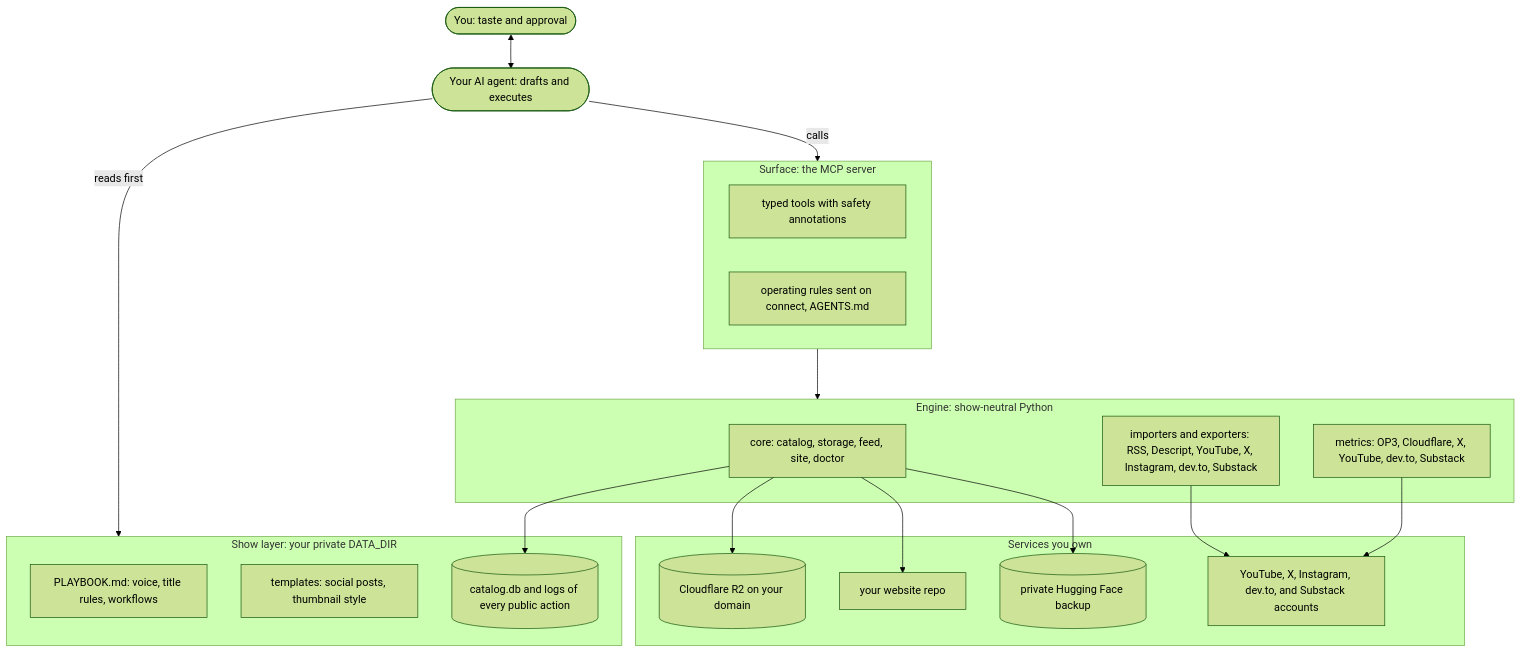
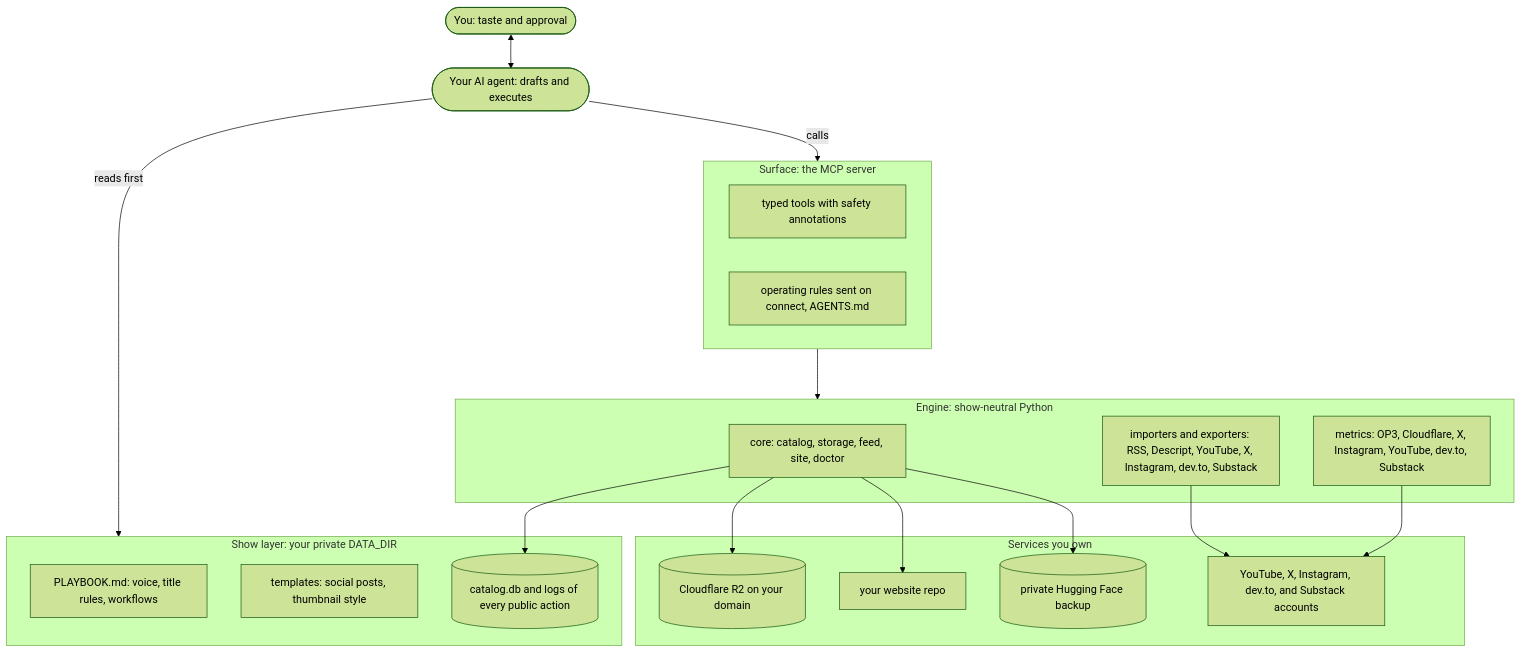
Before and after one commit to harpreetsahota204/podcast_server: the second of 4 diagrams in README.md, drawn with Mermaid (forest theme). The commit also changed other lines of this file and 16 other files, not shown here.

Commit message:
Instagram metrics collector for posts published by the engine; metrics dashboard rebuilt with an overview and a tab per platform showing every collected metric, Chart.js bundled so it still works offline, and range and stretch filters that update every chart and table

````diff
--- a/README.md
+++ b/README.md
@@ -79,38 +79,38 @@
 ```mermaid
 flowchart TB
     YOU([You: taste and approval]) <--> AGENT([Your AI agent: drafts and executes])
     AGENT -->|reads first| SHOW
     AGENT -->|calls| SURFACE
 
     subgraph SHOW["Show layer: your private DATA_DIR"]
         PB[PLAYBOOK.md: voice, title rules, workflows]
         TPL[templates: social posts, thumbnail style]
         CAT[(catalog.db and logs of every public action)]
     end
 
     subgraph SURFACE["Surface: the MCP server"]
         TOOLS[typed tools with safety annotations]
         RULES[operating rules sent on connect, AGENTS.md]
     end
 
     subgraph ENGINE["Engine: show-neutral Python"]
         CORE[core: catalog, storage, feed, site, doctor]
         IO[importers and exporters: RSS, Descript, YouTube, X, Instagram, dev.to, Substack]
-        MET[metrics: OP3, Cloudflare, X, YouTube, dev.to, Substack]
+        MET[metrics: OP3, Cloudflare, X, Instagram, YouTube, dev.to, Substack]
     end
 
     subgraph OWNED["Services you own"]
         R2[(Cloudflare R2 on your domain)]
         WEB[your website repo]
         PLAT[YouTube, X, Instagram, dev.to, and Substack accounts]
         HF[(private Hugging Face backup)]
     end
 
     SURFACE --> ENGINE
     CORE --> CAT
     CORE --> R2
     CORE --> WEB
     CORE --> HF
     IO --> PLAT
     MET --> PLAT
 ```
````
